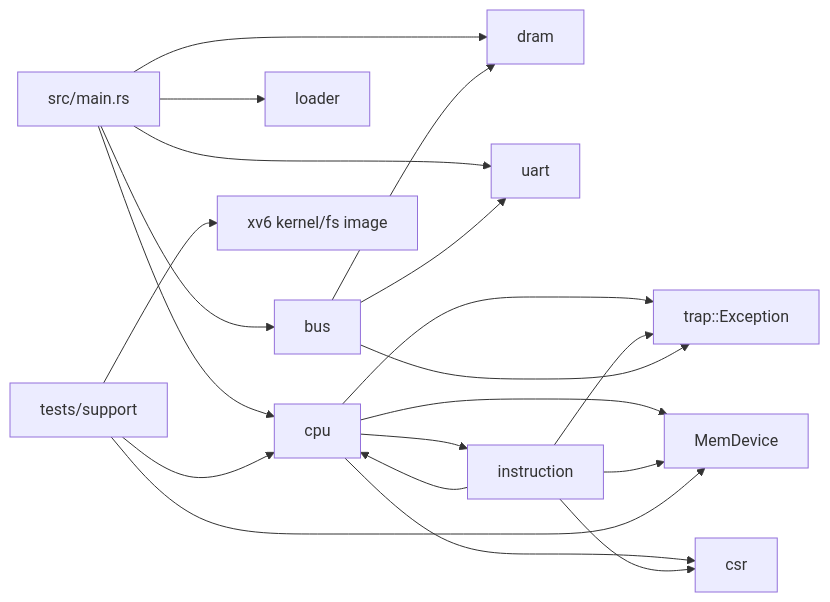
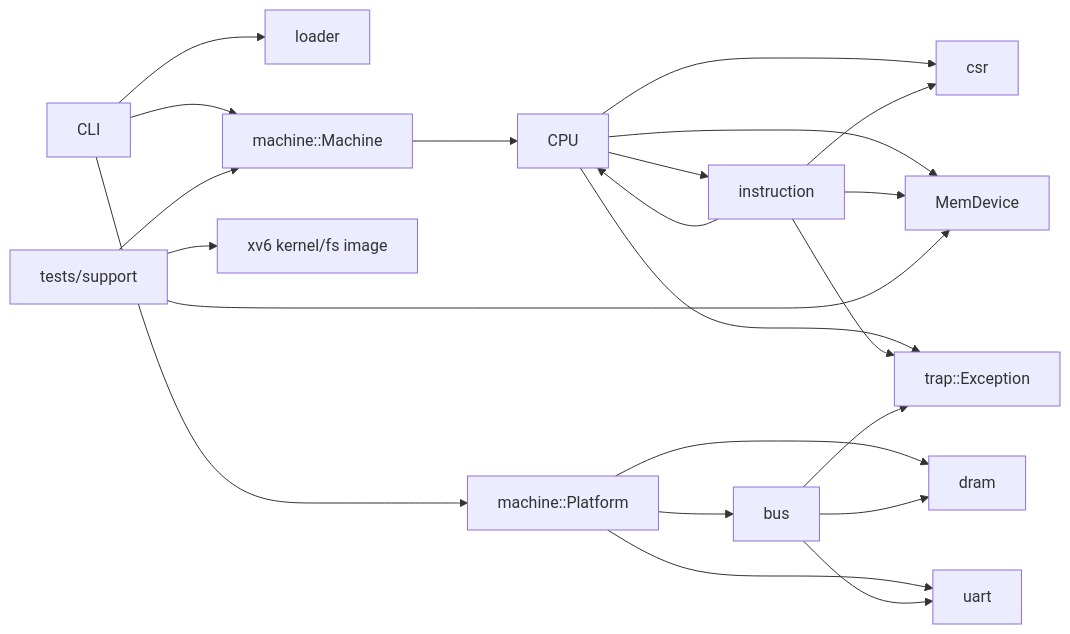
Before and after one commit to AkiraLyu/arvsim: the diagram in docs/repository-status/README.md, drawn with Mermaid. The commit also changed other lines of this file and 35 other files, not shown here.

````diff
--- a/docs/repository-status/README.md
+++ b/docs/repository-status/README.md
@@ -46,22 +47,24 @@
 ```mermaid
 flowchart LR
-  CLI["src/main.rs"] --> CPU["cpu"]
   CLI --> LOADER["loader"]
-  CLI --> BUS["bus"]
-  CLI --> DRAM["dram"]
-  CLI --> UART["uart"]
+  CLI --> MACHINE["machine::Machine"]
+  CLI --> PLATFORM["machine::Platform"]
+  PLATFORM --> BUS["bus"]
+  PLATFORM --> DRAM["dram"]
+  PLATFORM --> UART["uart"]
+  MACHINE --> CPU
   CPU --> INST["instruction"]
   CPU --> CSR["csr"]
   CPU --> BUSIF["MemDevice"]
   INST --> CPU
   INST --> CSR
   INST --> BUSIF
   BUS --> DRAM
   BUS --> UART
   CPU --> TRAP["trap::Exception"]
   INST --> TRAP
   BUS --> TRAP
-  TEST["tests/support"] --> CPU
+  TEST["tests/support"] --> MACHINE
   TEST --> BUSIF
   TEST --> XV6["xv6 kernel/fs image"]
 ```
````
